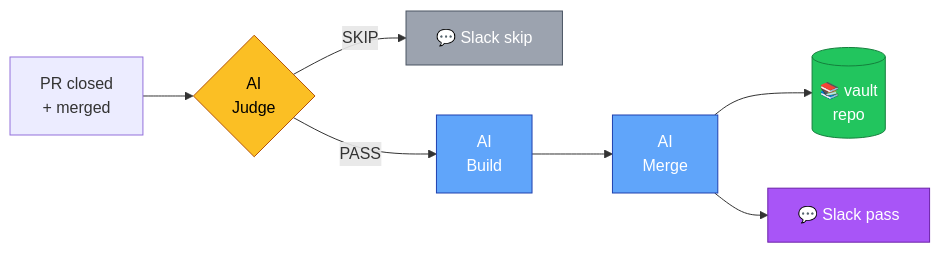
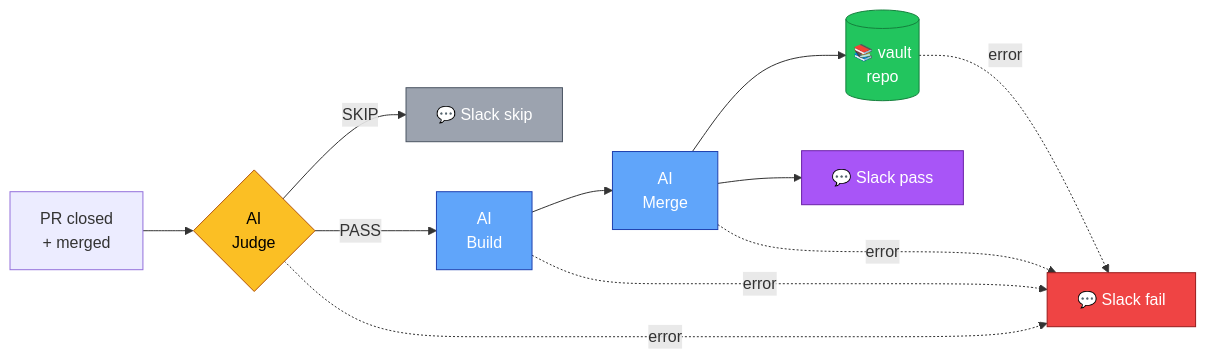
The first of 3 diagrams in README.md (kimzeze/track-record), drawn with Mermaid before and after one commit. The commit also changed other lines of this file and 15 other files, not shown here.

First line of the commit message:
feat: Slack fail 알림 + truncation 모드 + 비용 자동 추적 (#1)

````diff
--- a/README.md
+++ b/README.md
@@ -5,16 +5,21 @@
 ```mermaid
 flowchart LR
     PR[PR closed<br/>+ merged] --> Judge{AI<br/>Judge}
     Judge -->|SKIP| SkipSlack[💬 Slack skip]
     Judge -->|PASS| Build[AI<br/>Build]
     Build --> Merge[AI<br/>Merge]
     Merge --> Vault[(📚 vault<br/>repo)]
     Merge --> Slack[💬 Slack pass]
+    Judge -.->|error| FailSlack[💬 Slack fail]
+    Build -.->|error| FailSlack
+    Merge -.->|error| FailSlack
+    Vault -.->|error| FailSlack
 
     style Judge fill:#fbbf24,stroke:#b45309,color:#000
     style Build fill:#60a5fa,stroke:#1e40af,color:#fff
     style Merge fill:#60a5fa,stroke:#1e40af,color:#fff
     style Vault fill:#22c55e,stroke:#15803d,color:#fff
     style Slack fill:#a855f7,stroke:#6b21a8,color:#fff
     style SkipSlack fill:#9ca3af,stroke:#4b5563,color:#fff
+    style FailSlack fill:#ef4444,stroke:#991b1b,color:#fff
 ```
````
